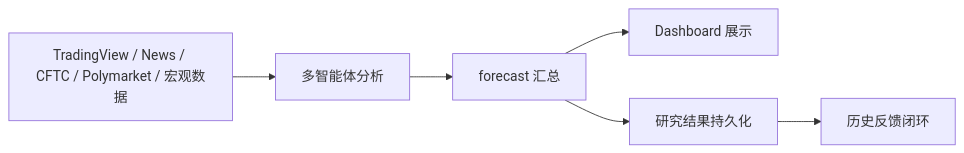
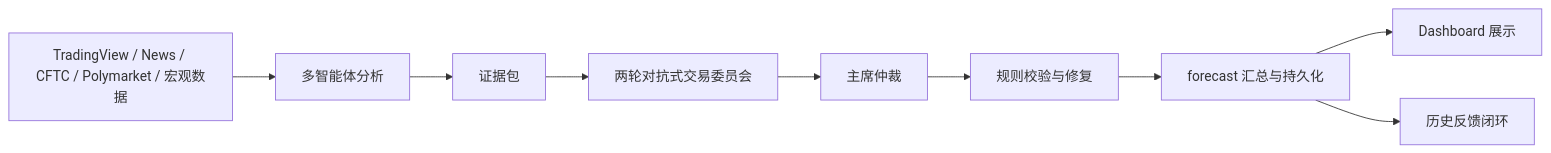
The diagram in README.zh-CN.md (michael-chow-arch/goldfxgraph), drawn with Mermaid before and after one commit. The commit also changed other lines of this file and 46 other files, not shown here.

````diff
--- a/README.zh-CN.md
+++ b/README.zh-CN.md
@@ -75,8 +106,11 @@
 ```mermaid
 flowchart LR
   A[TradingView / News / CFTC / Polymarket / 宏观数据] --> B[多智能体分析]
-  B --> C[forecast 汇总]
-  C --> D[Dashboard 展示]
-  C --> E[研究结果持久化]
-  E --> F[历史反馈闭环]
+  B --> C[证据包]
+  C --> D[两轮对抗式交易委员会]
+  D --> E[主席仲裁]
+  E --> F[规则校验与修复]
+  F --> G[forecast 汇总与持久化]
+  G --> H[Dashboard 展示]
+  G --> I[历史反馈闭环]
 ```
````
